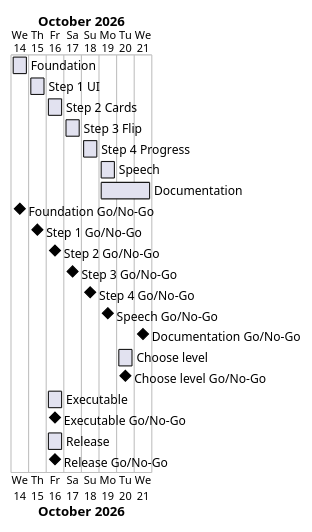
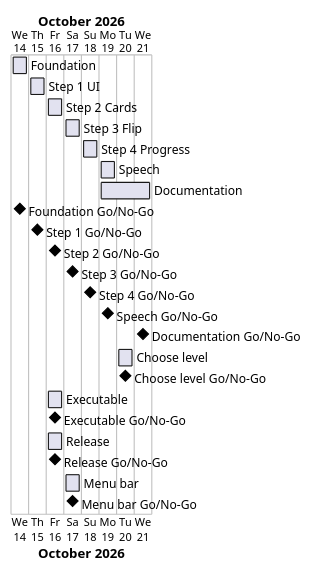
The diagram in docs/project-plan.md (Tirsvad-Udemy-100-days-of-code/031-flash-card), drawn with PlantUML before and after one commit. The commit also changed other lines of this file and 22 other files, not shown here.

First line of the commit message:
MIL-011 plan and design: menu bar

````diff
--- a/docs/project-plan.md
+++ b/docs/project-plan.md
@@ -46,25 +47,27 @@
 ```plantuml
 @startgantt
 Project starts 2026-10-14
 [Foundation] starts 2026-10-14 and ends 2026-10-14
 [Step 1 UI] starts 2026-10-15 and ends 2026-10-15
 [Step 2 Cards] starts 2026-10-16 and ends 2026-10-16
 [Step 3 Flip] starts 2026-10-17 and ends 2026-10-17
 [Step 4 Progress] starts 2026-10-18 and ends 2026-10-18
 [Speech] starts 2026-10-19 and ends 2026-10-19
 [Documentation] starts 2026-10-19 and ends 2026-10-21
 [Foundation Go/No-Go] happens 2026-10-14
 [Step 1 Go/No-Go] happens 2026-10-15
 [Step 2 Go/No-Go] happens 2026-10-16
 [Step 3 Go/No-Go] happens 2026-10-17
 [Step 4 Go/No-Go] happens 2026-10-18
 [Speech Go/No-Go] happens 2026-10-19
 [Documentation Go/No-Go] happens 2026-10-21
 [Choose level] starts 2026-10-20 and ends 2026-10-20
 [Choose level Go/No-Go] happens 2026-10-20
 [Executable] starts 2026-10-16 and ends 2026-10-16
 [Executable Go/No-Go] happens 2026-10-16
 [Release] starts 2026-10-16 and ends 2026-10-16
 [Release Go/No-Go] happens 2026-10-16
+[Menu bar] starts 2026-10-17 and ends 2026-10-17
+[Menu bar Go/No-Go] happens 2026-10-17
 @endgantt
 ```
````
